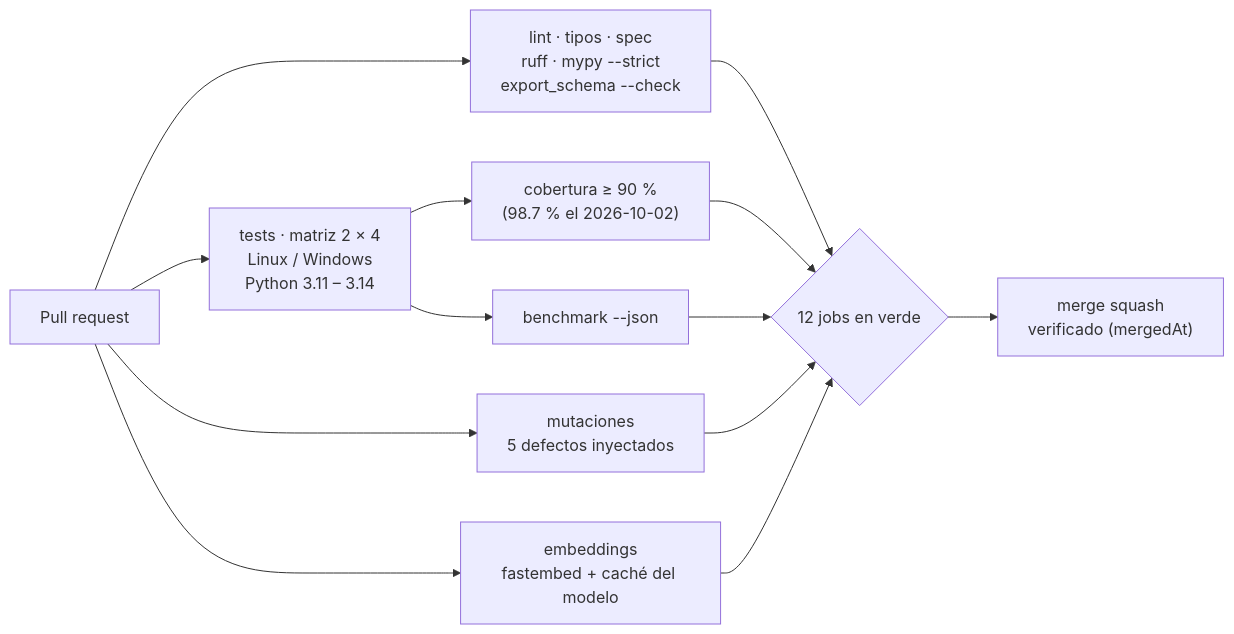
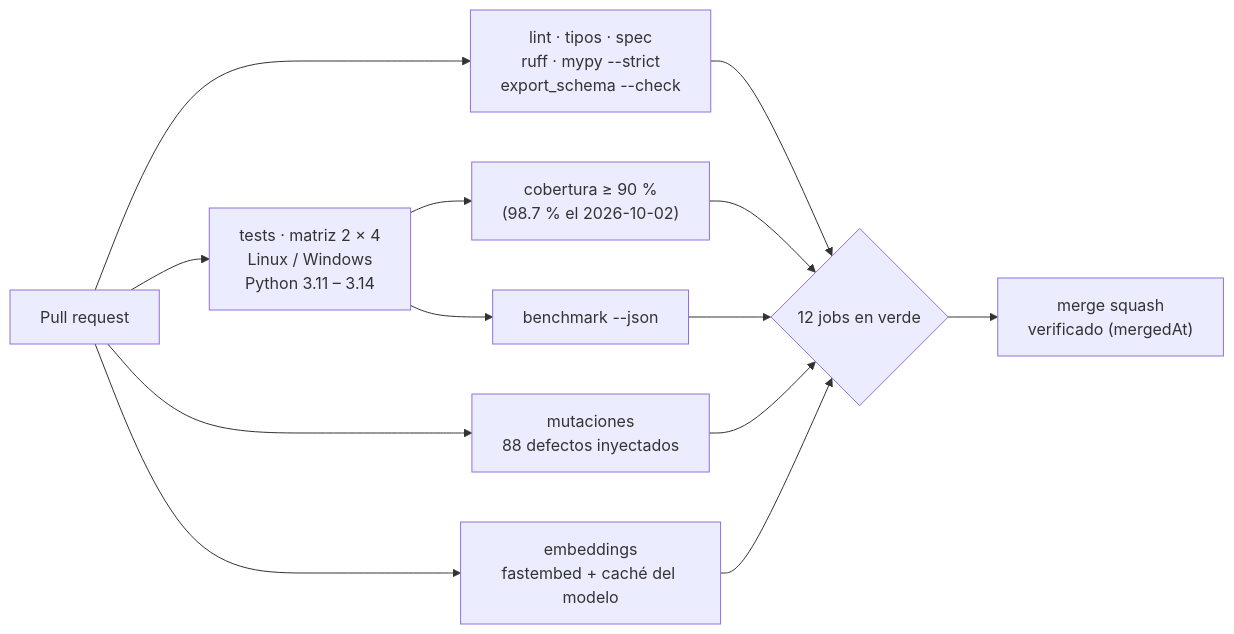
Before and after one commit to cherrera0001/Agents_Learning_Loops: the tenth of 12 diagrams in README.md, drawn with Mermaid. The commit also changed other lines of this file and 3 other files, not shown here.

First line of the commit message:
docs: campañas posteriores a H4, hoja de ruta con H8 y diagrama de la revisión

````diff
--- a/README.md
+++ b/README.md
@@ -726,15 +750,15 @@
 ```mermaid
 flowchart LR
     PR["Pull request"] --> LINT["lint · tipos · spec<br/>ruff · mypy --strict<br/>export_schema --check"]
     PR --> TEST["tests · matriz 2 × 4<br/>Linux / Windows<br/>Python 3.11 – 3.14"]
-    PR --> MUT["mutaciones<br/>5 defectos inyectados"]
+    PR --> MUT["mutaciones<br/>88 defectos inyectados"]
     PR --> EMBJ["embeddings<br/>fastembed + caché del modelo"]
     TEST --> COV["cobertura ≥ 90 %<br/>(98.7 % el 2026-10-02)"]
     TEST --> BENCH["benchmark --json"]
     LINT --> OK{"12 jobs en verde"}
     COV --> OK
     BENCH --> OK
     MUT --> OK
     EMBJ --> OK
     OK --> MERGE["merge squash<br/>verificado (mergedAt)"]
 ```
````
